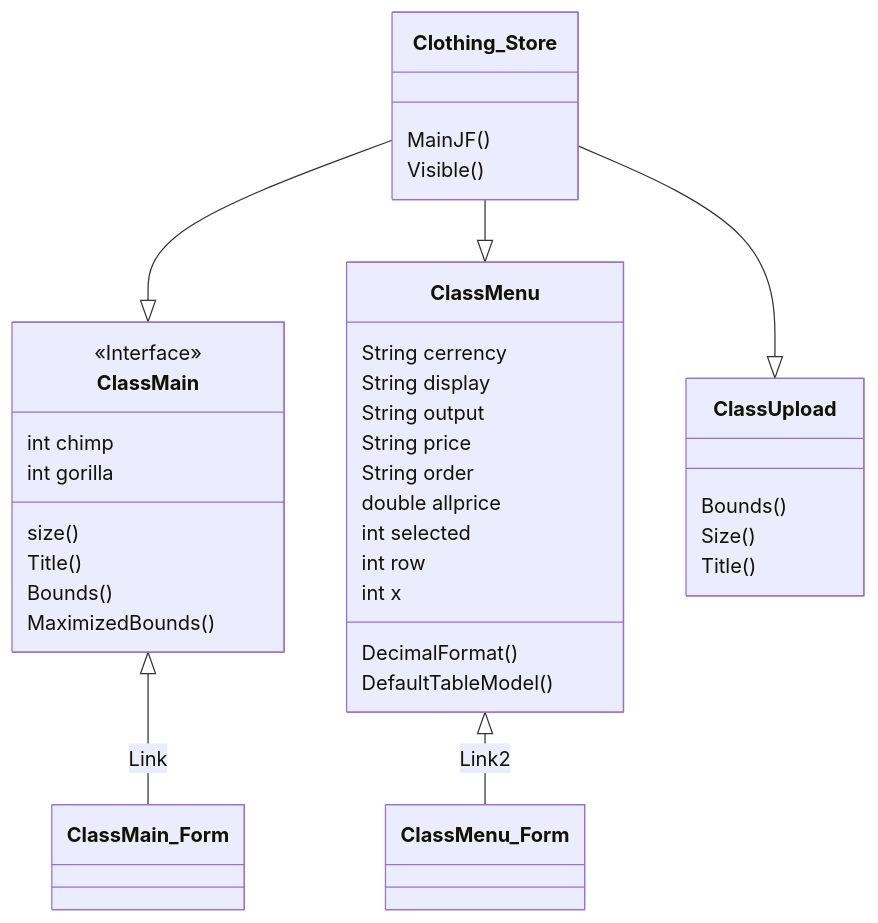
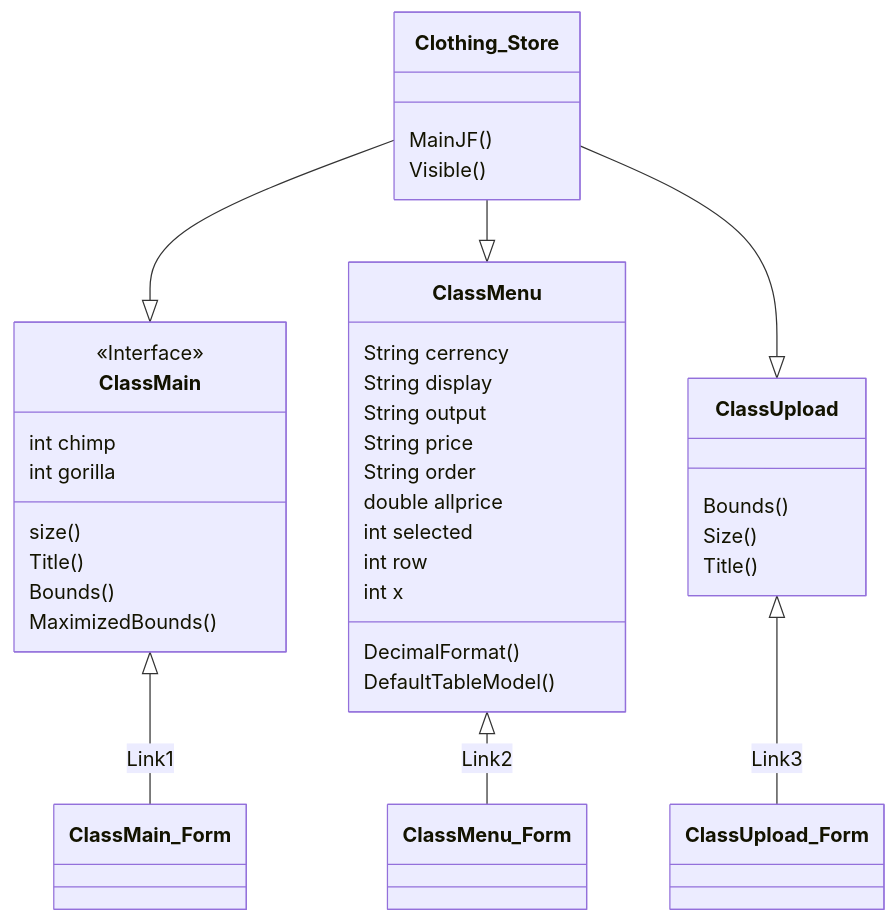
One commit to kawin101/Java_GUI_CRUD_CSV changed the third of 3 diagrams in README.md. Above: the diagram before and after it, drawn with Mermaid.

````diff
--- a/README.md
+++ b/README.md
@@ -33,32 +33,33 @@
 ```mermaid
 classDiagram
-ClassMain <|-- ClassMain_Form : Link
+ClassMain <|-- ClassMain_Form : Link1
 ClassMenu <|-- ClassMenu_Form : Link2
+ClassUpload <|-- ClassUpload_Form : Link3
 <<Interface>> ClassMain
 Clothing_Store --|> ClassMain
 Clothing_Store --|> ClassMenu
 Clothing_Store --|> ClassUpload
 Clothing_Store : MainJF()
 Clothing_Store : Visible()
 ClassMain : size()
 ClassMain : Title()
 ClassMain : Bounds()
 ClassMain : MaximizedBounds()
 ClassMain : int chimp
 ClassMain : int gorilla
 ClassMenu : String cerrency
 ClassMenu : String display
 ClassMenu : String output
 ClassMenu : String price
 ClassMenu : String order
 ClassMenu : DecimalFormat()
 ClassMenu : double allprice
 ClassMenu : int selected
 ClassMenu : int row
 ClassMenu : int x
 ClassMenu : DefaultTableModel()
 ClassUpload : Bounds()
 ClassUpload : Size()
 ClassUpload : Title()
 
 ```
````
